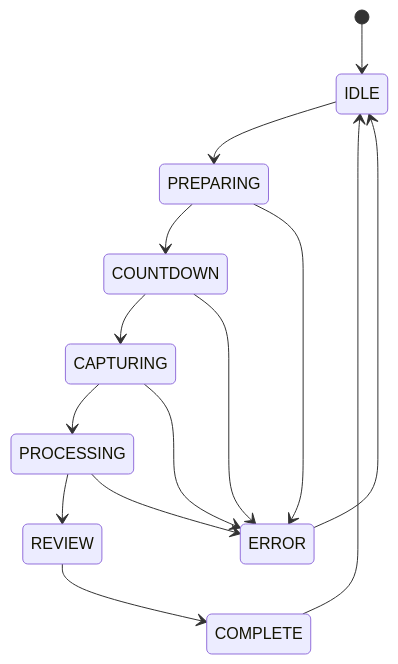
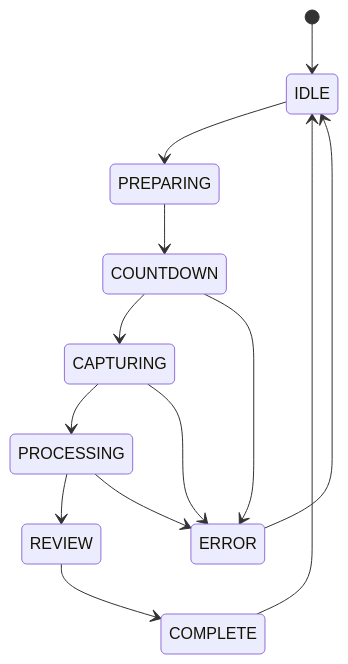
One commit to djr8nch/piprints changed the third of 3 diagrams in docs/architecture/overview.md. Above: the diagram before and after it, drawn with Mermaid. The commit also changed other lines of this file and 7 other files, not shown here.

````diff
--- a/docs/architecture/overview.md
+++ b/docs/architecture/overview.md
@@ -149,16 +144,15 @@
 ```mermaid
 stateDiagram-v2
     [*] --> IDLE
     IDLE --> PREPARING
     PREPARING --> COUNTDOWN
     COUNTDOWN --> CAPTURING
     CAPTURING --> PROCESSING
     PROCESSING --> REVIEW
     REVIEW --> COMPLETE
     COMPLETE --> IDLE
-    PREPARING --> ERROR
     COUNTDOWN --> ERROR
     CAPTURING --> ERROR
     PROCESSING --> ERROR
     ERROR --> IDLE
 ```
````
